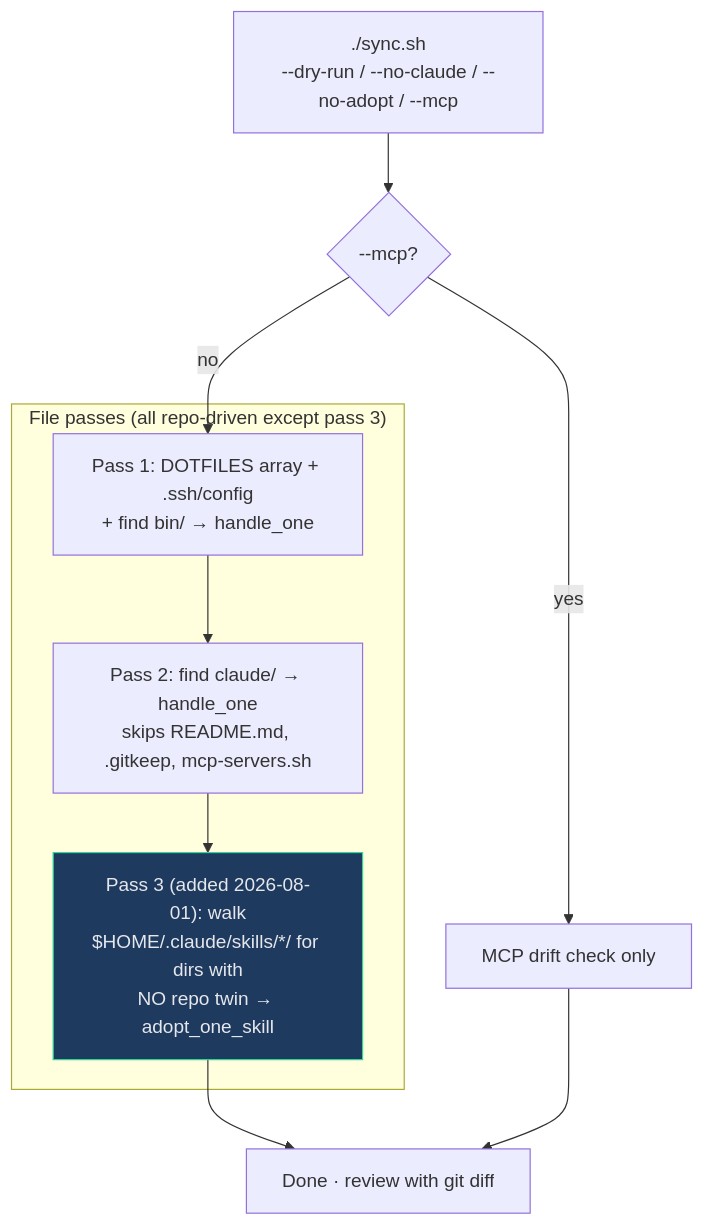
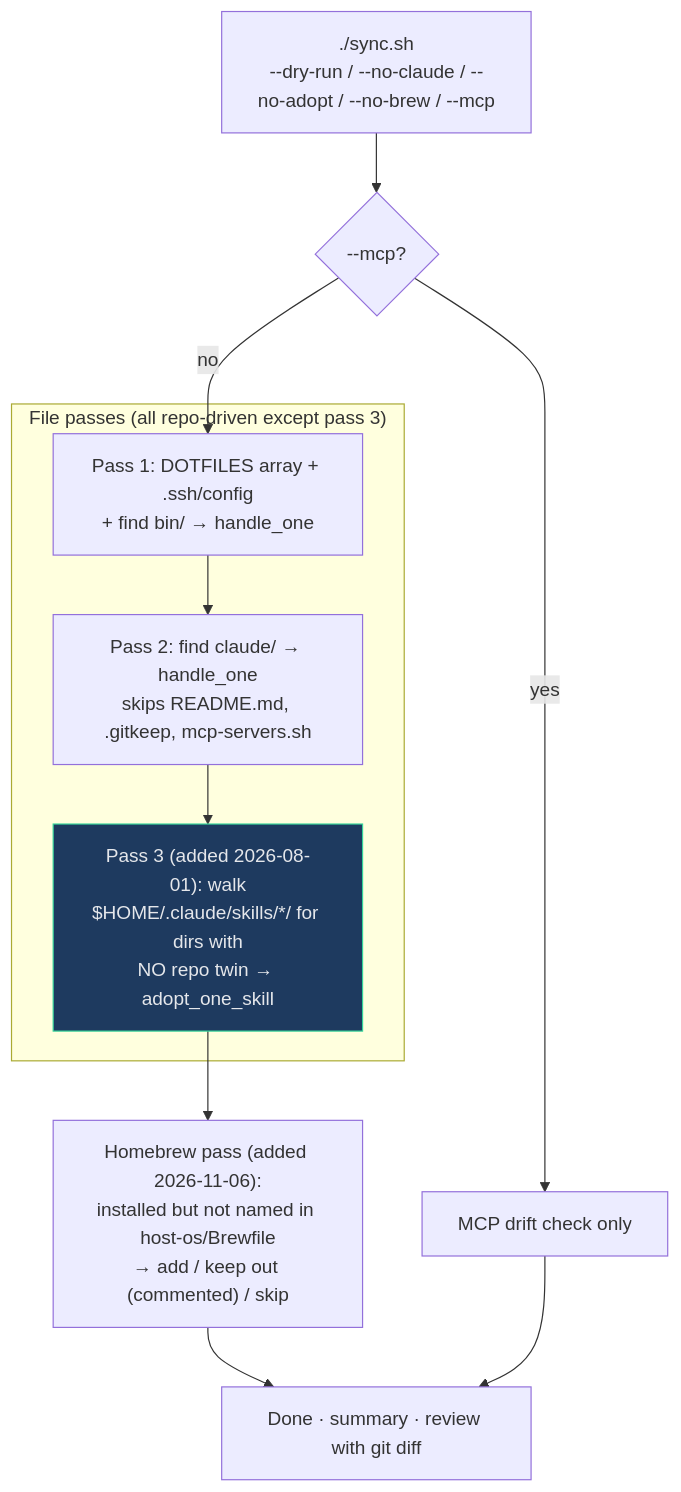
Before and after one commit to HenryEscobar/shellEnvironment: the fifth of 6 diagrams in docs/architecture.md, drawn with Mermaid. The commit also changed other lines of this file and 6 other files, not shown here.

````diff
--- a/docs/architecture.md
+++ b/docs/architecture.md
@@ -213,18 +213,19 @@
 ```mermaid
 flowchart TD
-    S["./sync.sh<br/>--dry-run / --no-claude / --no-adopt / --mcp"] --> M{"--mcp?"}
+    S["./sync.sh<br/>--dry-run / --no-claude / --no-adopt / --no-brew / --mcp"] --> M{"--mcp?"}
     M -->|yes| MCPONLY["MCP drift check only"]
     M -->|no| P1
 
     subgraph PASSES["File passes (all repo-driven except pass 3)"]
         P1["Pass 1: DOTFILES array + .ssh/config<br/>+ find bin/ → handle_one"]
         P2["Pass 2: find claude/ → handle_one<br/>skips README.md, .gitkeep, mcp-servers.sh"]
         P3["Pass 3 (added 2026-08-01): walk<br/>$HOME/.claude/skills/*/ for dirs with<br/>NO repo twin → adopt_one_skill"]
         P1 --> P2 --> P3
     end
 
-    P3 --> DONE2["Done · review with git diff"]
+    P3 --> BREWP["Homebrew pass (added 2026-11-06):<br/>installed but not named in host-os/Brewfile<br/>→ add / keep out (commented) / skip"]
+    BREWP --> DONE2["Done · summary · review with git diff"]
     MCPONLY --> DONE2
 
     style P3 fill:#1e3a5f,stroke:#34d399,color:#e5e7eb
 ```
````
